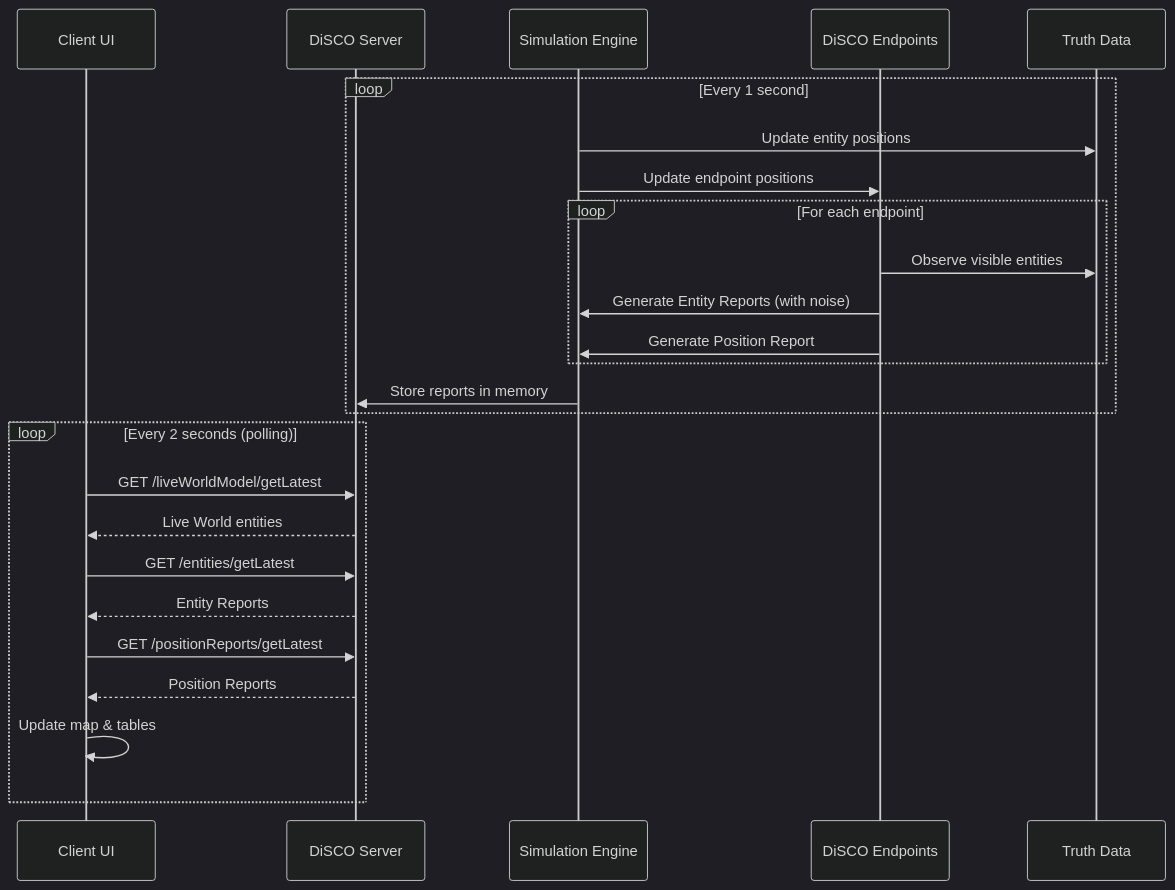
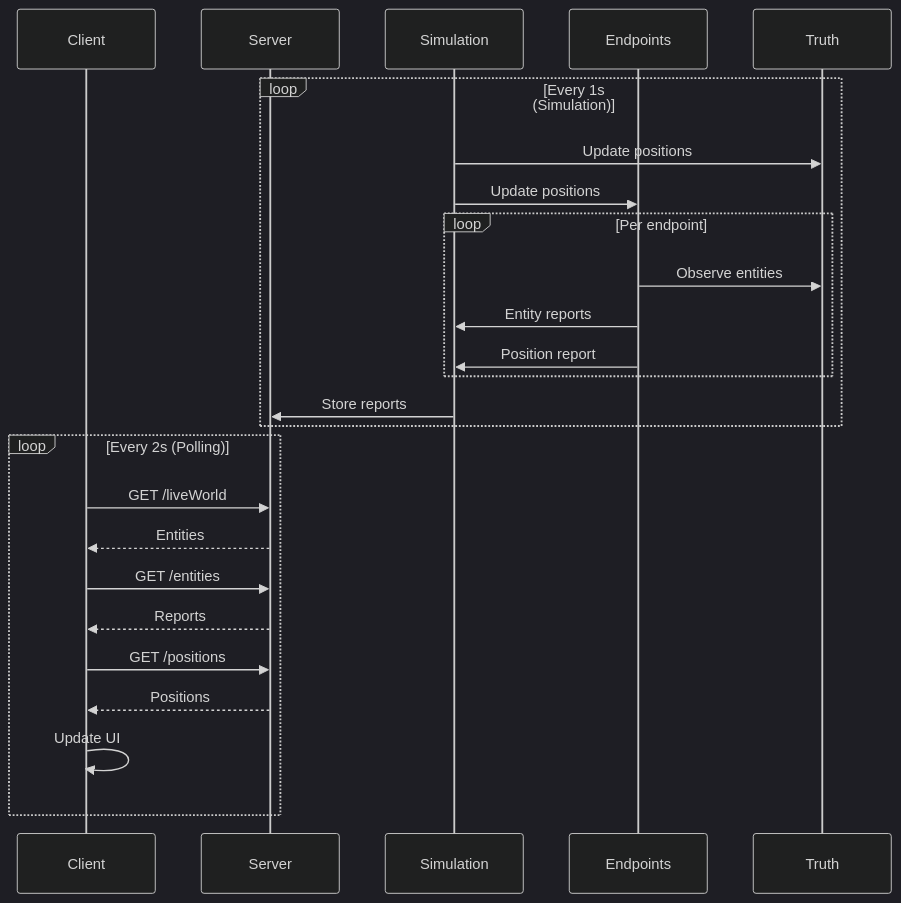
Before and after one commit to ericpauls/disco_workspace: the second of 2 diagrams in docs/system-architecture-diagram.md, drawn with Mermaid (dark theme). The commit also changed other lines of this file and 1 other file, not shown here.

First line of the commit message:
docs: Improve architecture diagram readability

````diff
--- a/docs/system-architecture-diagram.md
+++ b/docs/system-architecture-diagram.md
@@ -137,31 +107,31 @@
 ```mermaid
 sequenceDiagram
-    participant Client as Client UI
-    participant Server as DiSCO Server
-    participant Sim as Simulation Engine
-    participant Endpoints as DiSCO Endpoints
-    participant Truth as Truth Data
+    participant C as Client
+    participant S as Server
+    participant Sim as Simulation
+    participant EP as Endpoints
+    participant T as Truth
 
-    loop Every 1 second
-        Sim->>Truth: Update entity positions
-        Sim->>Endpoints: Update endpoint positions
+    loop Every 1s (Simulation)
+        Sim->>T: Update positions
+        Sim->>EP: Update positions
 
-        loop For each endpoint
-            Endpoints->>Truth: Observe visible entities
-            Endpoints->>Sim: Generate Entity Reports (with noise)
-            Endpoints->>Sim: Generate Position Report
+        loop Per endpoint
+            EP->>T: Observe entities
+            EP->>Sim: Entity reports
+            EP->>Sim: Position report
         end
 
-        Sim->>Server: Store reports in memory
+        Sim->>S: Store reports
     end
 
-    loop Every 2 seconds (polling)
-        Client->>Server: GET /liveWorldModel/getLatest
-        Server-->>Client: Live World entities
-        Client->>Server: GET /entities/getLatest
-        Server-->>Client: Entity Reports
-        Client->>Server: GET /positionReports/getLatest
-        Server-->>Client: Position Reports
-        Client->>Client: Update map & tables
+    loop Every 2s (Polling)
+        C->>S: GET /liveWorld
+        S-->>C: Entities
+        C->>S: GET /entities
+        S-->>C: Reports
+        C->>S: GET /positions
+        S-->>C: Positions
+        C->>C: Update UI
     end
 ```
````
